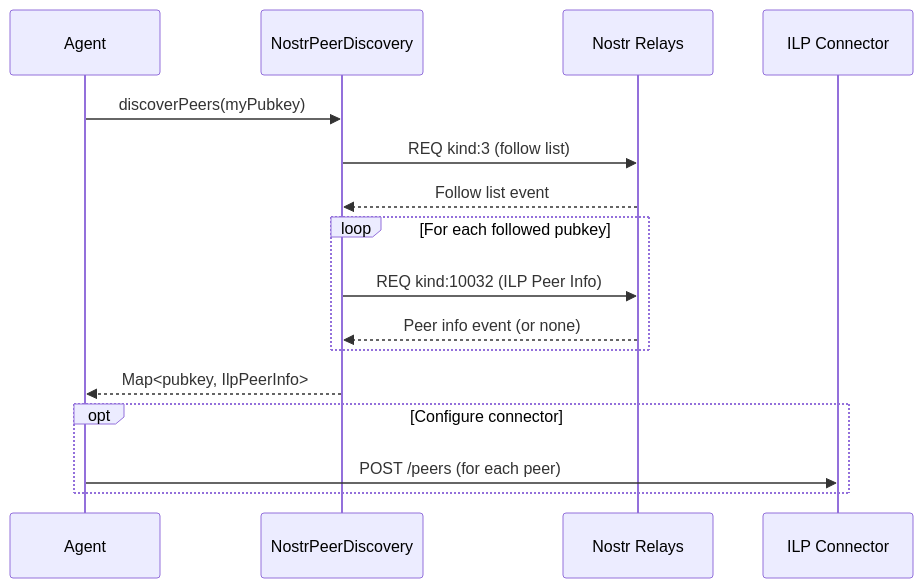
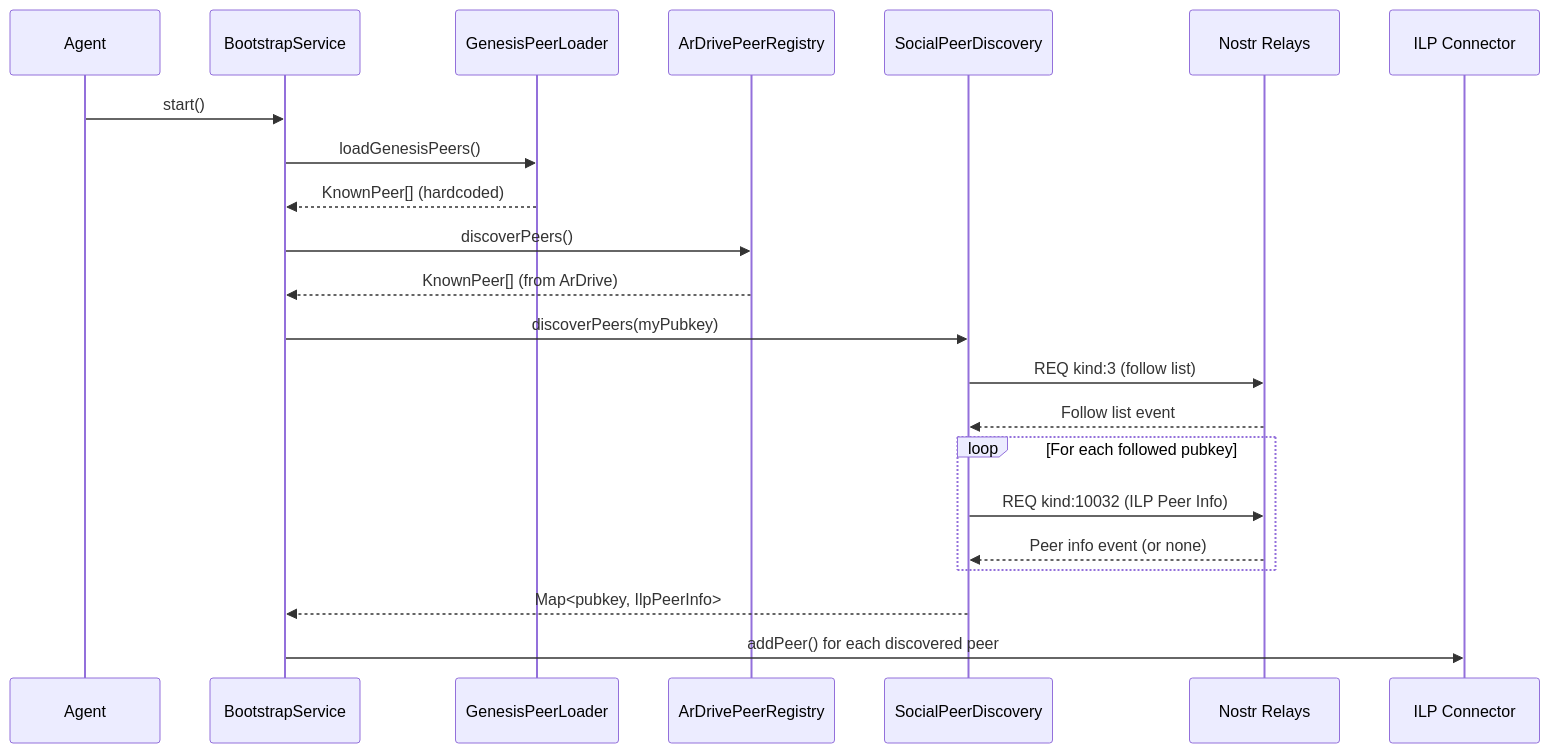
One commit to ALLiDoizCode/crosstown changed the first of 7 diagrams in docs/architecture/7-core-workflows.md. Above: the diagram before and after it, drawn with Mermaid. The commit also changed other lines of this file and 203 other files, not shown here.

````diff
--- a/docs/architecture/7-core-workflows.md
+++ b/docs/architecture/7-core-workflows.md
@@ -5,22 +5,29 @@
 ```mermaid
 sequenceDiagram
     participant Agent
-    participant NPD as NostrPeerDiscovery
+    participant BS as BootstrapService
+    participant GPL as GenesisPeerLoader
+    participant ARP as ArDrivePeerRegistry
+    participant SPD as SocialPeerDiscovery
     participant Relay as Nostr Relays
     participant Connector as ILP Connector
 
-    Agent->>NPD: discoverPeers(myPubkey)
-    NPD->>Relay: REQ kind:3 (follow list)
-    Relay-->>NPD: Follow list event
+    Agent->>BS: start()
+    BS->>GPL: loadGenesisPeers()
+    GPL-->>BS: KnownPeer[] (hardcoded)
+
+    BS->>ARP: discoverPeers()
+    ARP-->>BS: KnownPeer[] (from ArDrive)
+
+    BS->>SPD: discoverPeers(myPubkey)
+    SPD->>Relay: REQ kind:3 (follow list)
+    Relay-->>SPD: Follow list event
 
     loop For each followed pubkey
-        NPD->>Relay: REQ kind:10032 (ILP Peer Info)
-        Relay-->>NPD: Peer info event (or none)
+        SPD->>Relay: REQ kind:10032 (ILP Peer Info)
+        Relay-->>SPD: Peer info event (or none)
     end
 
-    NPD-->>Agent: Map<pubkey, IlpPeerInfo>
-
-    opt Configure connector
-        Agent->>Connector: POST /peers (for each peer)
-    end
+    SPD-->>BS: Map<pubkey, IlpPeerInfo>
+    BS->>Connector: addPeer() for each discovered peer
 ```
````
